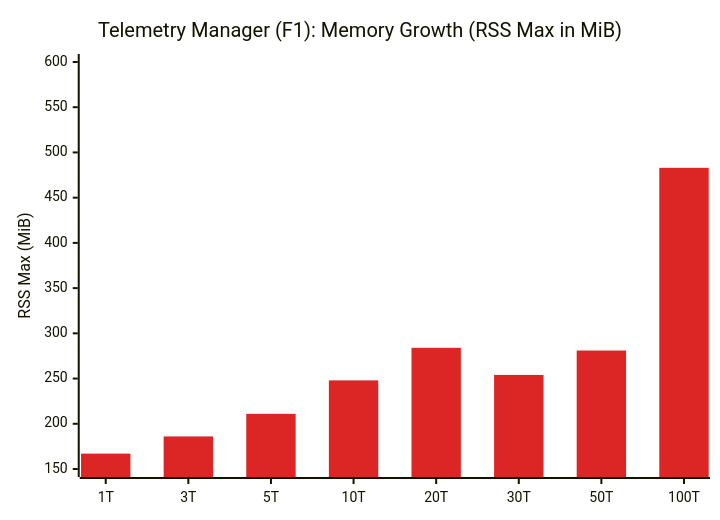
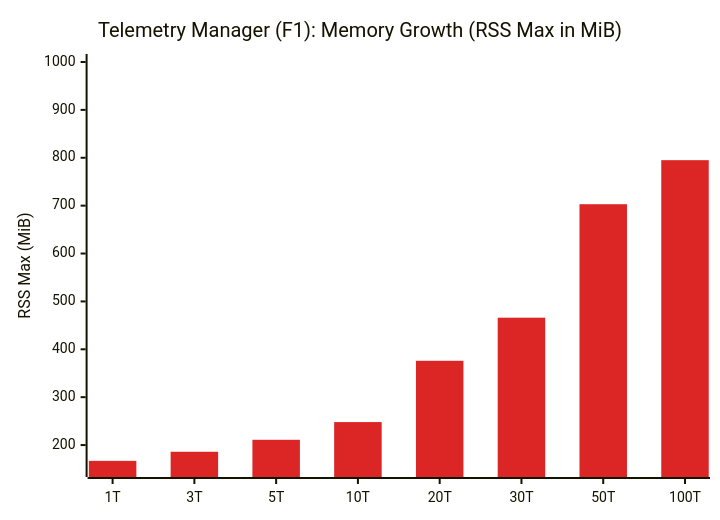
Before and after one commit to tom-ludwig/kyma-telemetry-gardener-test-cluster: the sixth of 8 diagrams in result.md, drawn with Mermaid. The commit also changed other lines of this file and 1 other file, not shown here.

````diff
--- a/result.md
+++ b/result.md
@@ -207,13 +209,13 @@
 ```mermaid
 ---
 config:
   themeVariables:
     xyChart:
       plotColorPalette: "#dc2626"
 ---
 xychart-beta
     title "Telemetry Manager (F1): Memory Growth (RSS Max in MiB)"
     x-axis ["1T", "3T", "5T", "10T", "20T", "30T", "50T", "100T"]
-    y-axis "RSS Max (MiB)" 150 --> 600
-    bar [167, 186, 211, 248, 284, 254, 281, 483]
+    y-axis "RSS Max (MiB)" 150 --> 1000
+    bar [167, 186, 211, 248, 376, 466, 703, 795]
 ```
````
